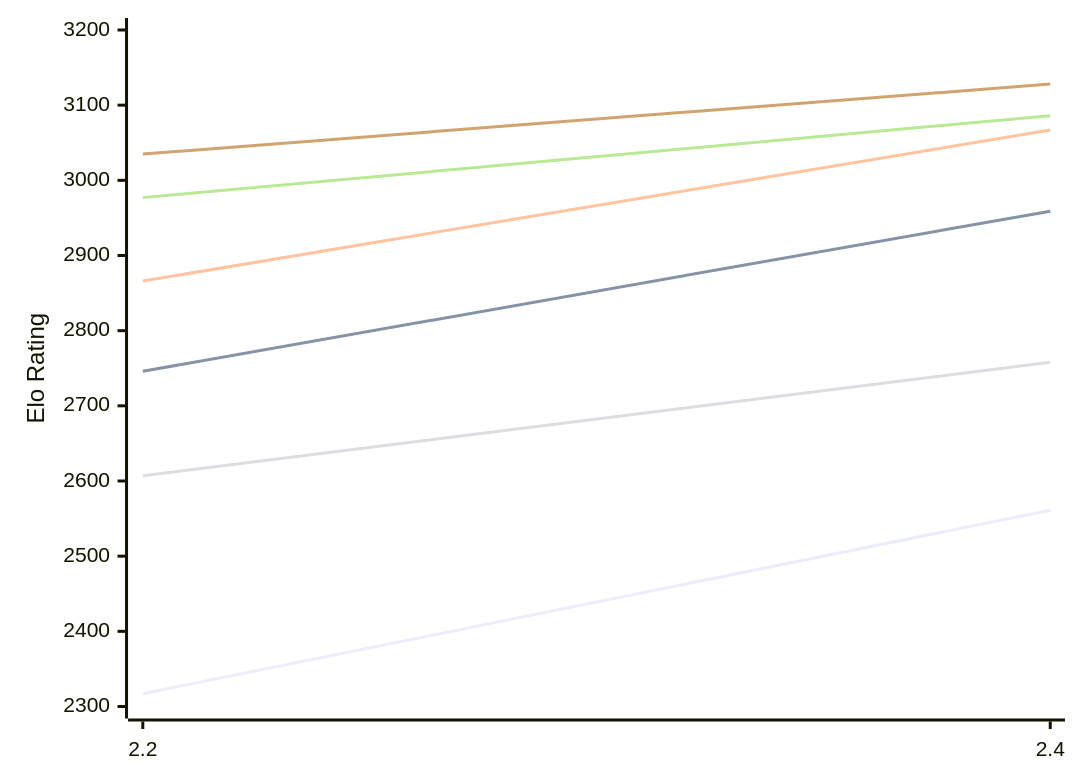
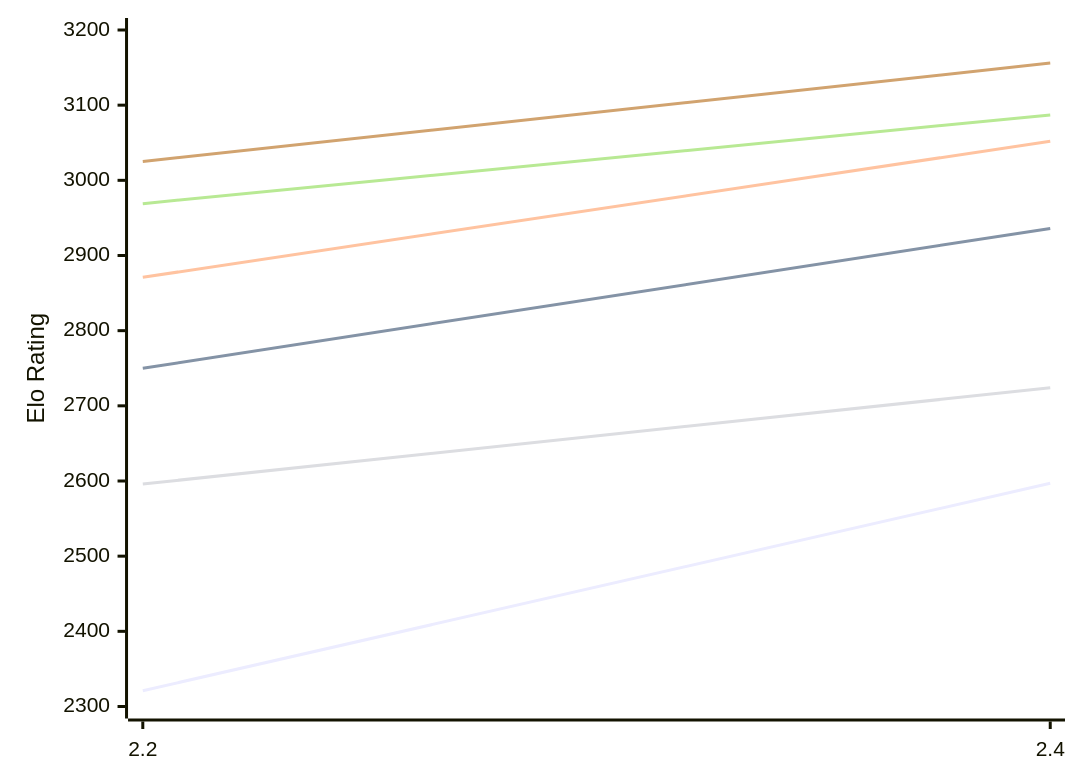
Before and after one commit to computer-chess-index/cci: the first of 2 diagrams in engines/Sloth.md, drawn with Mermaid. The commit also changed other lines of this file, not shown here.

Commit message:
Update CCI Ratings (ELO VLTC) - 2026-10-13

````diff
--- a/engines/Sloth.md
+++ b/engines/Sloth.md
@@ -50,12 +50,12 @@
 ```mermaid
 %%{init: {"theme":"base","themeVariables":{"seriesColors:['#a3a3a3','#222221','#faa371']}}}%%
 xychart-beta
   x-axis ["2.2", "2.4"]
   y-axis "Elo Rating" 2300 --> 3200
-  line "E1: STC (8.0+0.08s)" [2317, 2561]
-  line "E1: LTC (60.0+0.60s)" [2746, 2959]
-  line "E1: VLTC (2m24s+1.12s)" [2866, 3067]
-  line "P1: STC (8.0+0.08s)" [2607, 2758]
-  line "P1: LTC (60.0+0.60s)" [2977, 3086]
-  line "P1: VLTC (2m24s+1.12s)" [3035, 3128]
+  line "E1: STC (8.0+0.08s)" [2321, 2597]
+  line "E1: LTC (60.0+0.60s)" [2750, 2936]
+  line "E1: VLTC (2m24s+1.12s)" [2871, 3052]
+  line "P1: STC (8.0+0.08s)" [2596, 2724]
+  line "P1: LTC (60.0+0.60s)" [2969, 3087]
+  line "P1: VLTC (2m24s+1.12s)" [3025, 3156]
 ```
````
